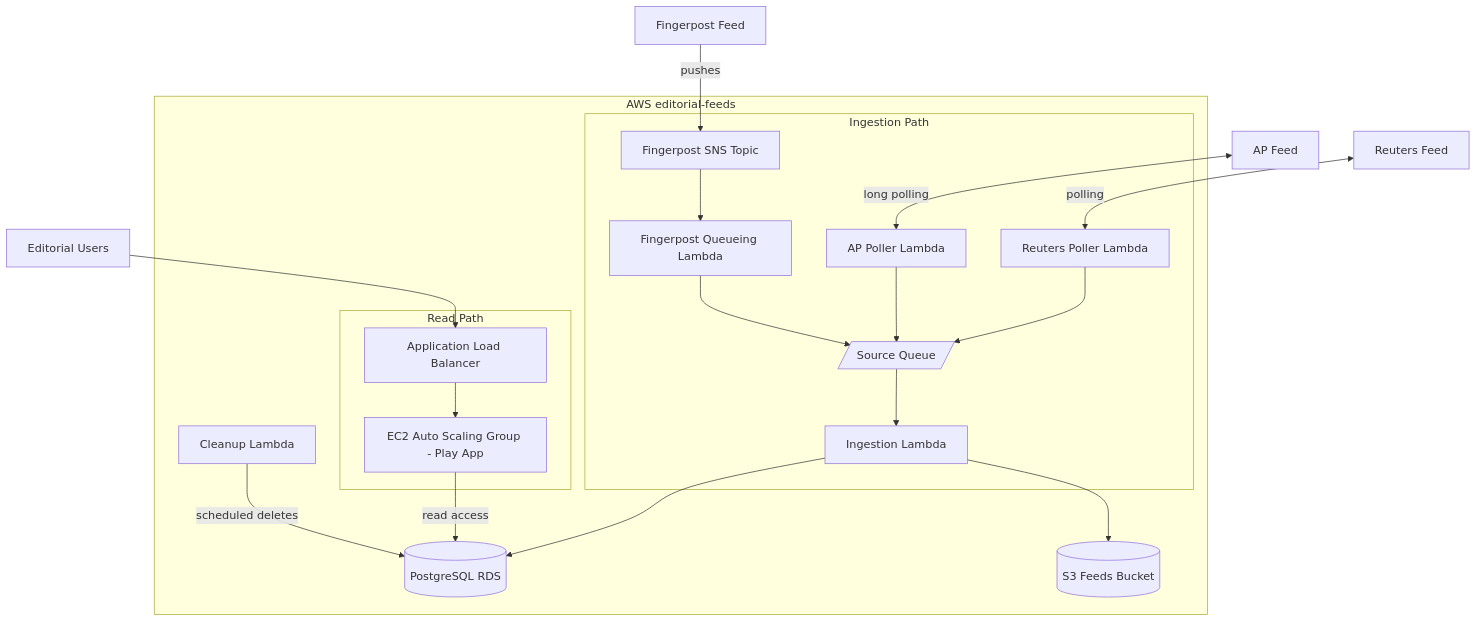
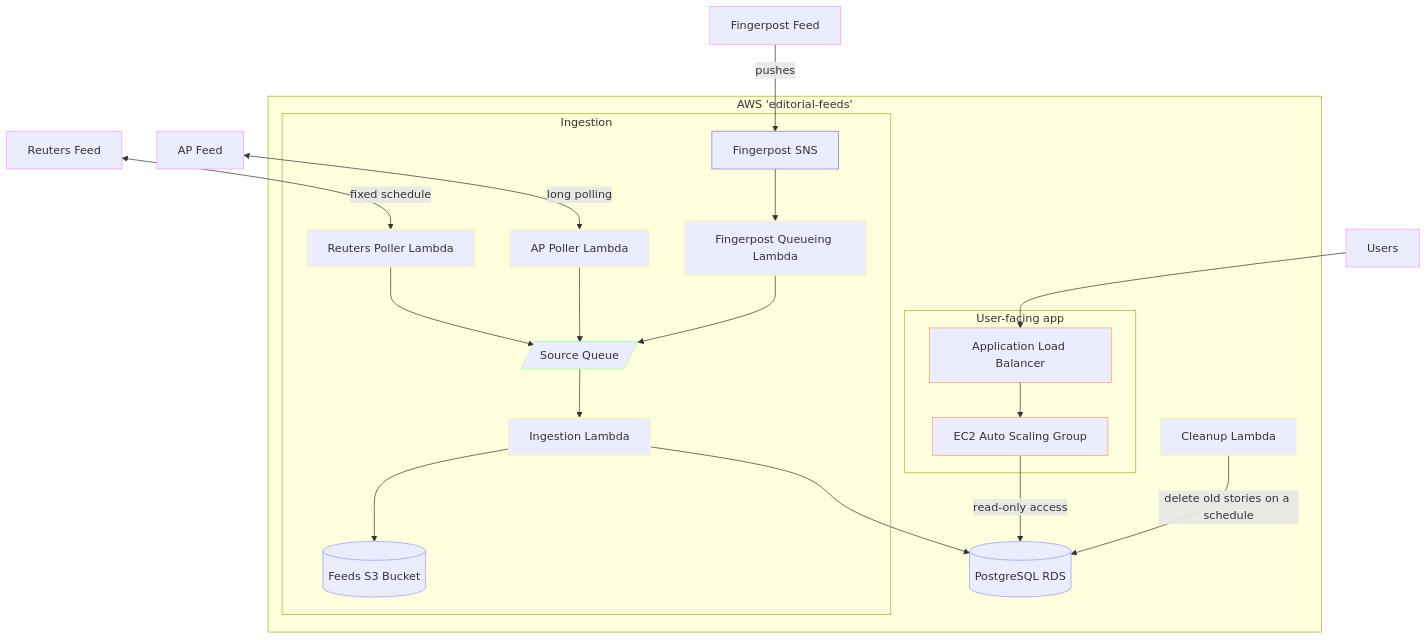
The diagram in README.md (guardian/newswires), drawn with Mermaid before and after one commit. The commit also changed other lines of this file, not shown here.

Commit message:
Edit generated documentation

````diff
--- a/README.md
+++ b/README.md
@@ -173,44 +161,68 @@
 ```mermaid
 graph TB
-       Reuters[Reuters Feed]
-       AP[AP Feed]
-       Fingerpost[Fingerpost Feed]
-       Users[Editorial Users]
+    %% External Sources
+    Reuters[Reuters Feed]
+    AP[AP Feed]
+    Fingerpost[Fingerpost Feed]
+    Users[Users]
 
-       subgraph AWS["AWS editorial-feeds"]
-              subgraph IngestionPath[Ingestion Path]
-                     ReutersPoller[Reuters Poller Lambda]
-                     APPoller[AP Poller Lambda]
-                     FingerpostSNS[Fingerpost SNS Topic]
-                     FingerpostQueueing[Fingerpost Queueing Lambda]
-                     SourceQ[/Source Queue/]
-                     Ingestion[Ingestion Lambda]
+    subgraph AWS["AWS 'editorial-feeds'"]
+        subgraph WritePath["Ingestion"]
+            %% Lambda Functions for ingestion
+            ReutersPoller[Reuters Poller Lambda]
+            APPoller[AP Poller Lambda]
+            Ingestion[Ingestion Lambda]
 
-                     ReutersPoller --> SourceQ
-                     APPoller --> SourceQ
-                     FingerpostSNS --> FingerpostQueueing
-                     FingerpostQueueing --> SourceQ
-                     SourceQ --> Ingestion
-              end
+            %% Queues and Topics
+            FingerpostSNS[Fingerpost SNS]
+            FingerpostQueueingLambda[Fingerpost Queueing Lambda]
+            SourceQ[/Source Queue/]
 
-              subgraph ReadPath[Read Path]
-                     ALB[Application Load Balancer]
-                     ASG[EC2 Auto Scaling Group - Play App]
-                     ALB --> ASG
-              end
+            %% Ingestion flows
+            ReutersPoller --> SourceQ
+            APPoller --> SourceQ
+            FingerpostQueueingLambda --> SourceQ
+            SourceQ --> Ingestion
+            Ingestion --> FeedsBucket
+        end
 
-              DB[(PostgreSQL RDS)]
-              FeedsBucket[(S3 Feeds Bucket)]
-              Cleanup[Cleanup Lambda]
+        subgraph ReadPath["User-facing app"]
+            %% Web Application
+            ASG[EC2 Auto Scaling Group]
+            ALB[Application Load Balancer]
 
-              Ingestion --> DB
-              Ingestion --> FeedsBucket
-              ASG -- read access --> DB
-              Cleanup -- scheduled deletes --> DB
-       end
+            %% Read path flows
+            ALB --> ASG
+        end
 
-       Reuters <-- polling --> ReutersPoller
-       AP <-- long polling --> APPoller
-       Fingerpost -- pushes --> FingerpostSNS
-       Users --> ALB
+        %% Shared Resources
+        FeedsBucket[(Feeds S3 Bucket)]
+        DB[(PostgreSQL RDS)]
+        Cleanup[Cleanup Lambda]
+
+        %% Shared Resource Flows
+        Ingestion --> DB
+        ASG -- "read-only access" --> DB
+        Cleanup -- "delete old stories on a schedule" --> DB
+    end
+
+    %% External Data Flows
+    Reuters <-- "fixed schedule" --> ReutersPoller
+    AP <-- "long polling" --> APPoller
+    Fingerpost -- pushes --> FingerpostSNS
+    FingerpostSNS --> FingerpostQueueingLambda
+    Users --> ALB
+
+    %% Styling
+    classDef external stroke:#f9f
+    classDef lambda stroke:#ff9
+    classDef queue stroke:#9f9
+    classDef storage stroke:#99f
+    classDef compute stroke:#f96
+
+    class Reuters,AP,Fingerpost,Users external
+    class ReutersPoller,APPoller,Ingestion,Cleanup,FingerpostQueueingLambda lambda
+    class SourceQ queue
+    class FeedsBucket,DB storage
+    class ASG,ALB compute
 ```
````
